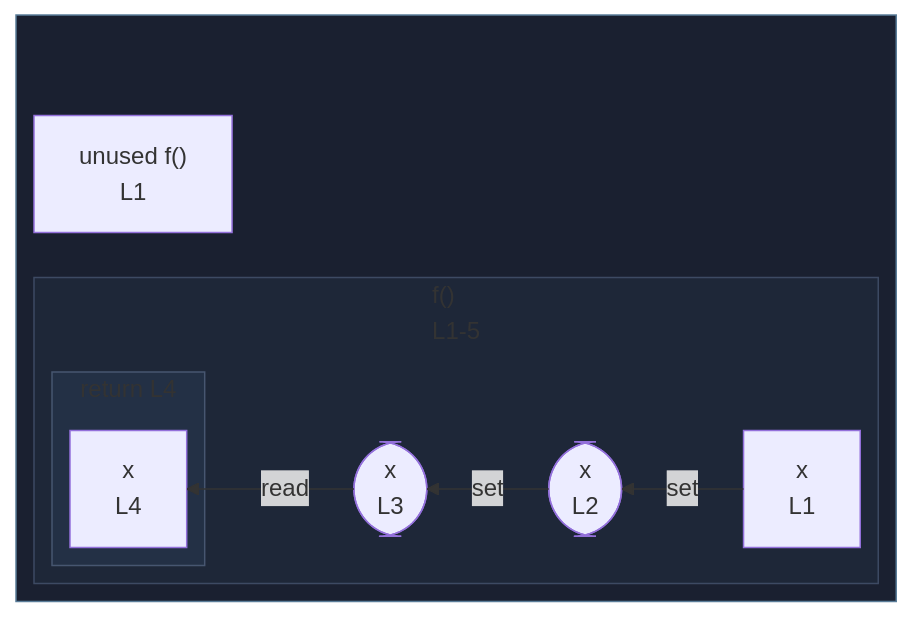
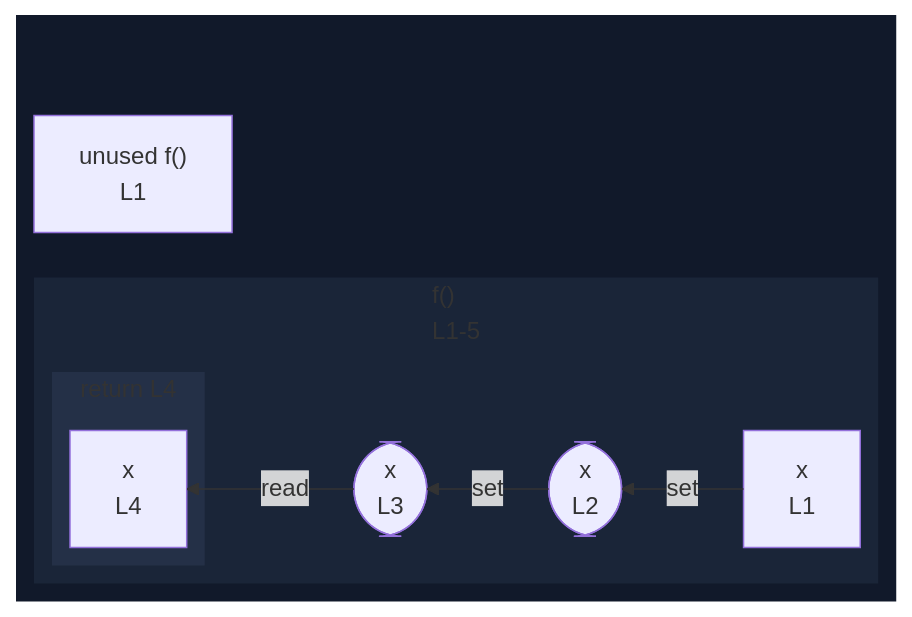
One commit to crescware/unsnarl changed the diagram in integration/fixtures/function/arrow/parameter-reassignment/preview.md. Above: the diagram before and after it, drawn with Mermaid. The commit also changed 263 other files, not shown here.

First line of the commit message:
Drop fnWrap class and color function wrappers via the nest palette

````diff
--- a/integration/fixtures/function/arrow/parameter-reassignment/preview.md
+++ b/integration/fixtures/function/arrow/parameter-reassignment/preview.md
@@ -15,27 +15,27 @@
 ```mermaid
 %%{init: {"flowchart": {"defaultRenderer": "elk"}}}%%
 flowchart RL
   subgraph wrap_s_scope_1[" "]
     direction TB
     n_scope_0_f_6["unused f()<br/>L1"]
     subgraph s_scope_1["f()<br/>L1-5"]
       direction RL
       n_scope_1_x_11["x<br/>L1"]
       wr_ref_1(["x<br/>L2"])
       wr_ref_3(["x<br/>L3"])
       subgraph s_return_scope_0_f_6_55_64["return L4"]
         direction RL
         ret_use_ref_5["x<br/>L4"]
       end
     end
   end
   n_scope_1_x_11 -->|set| wr_ref_1
   wr_ref_1 -->|set| wr_ref_3
   wr_ref_3 -->|read| ret_use_ref_5
-  classDef fnWrap fill:#1a2030,stroke:#5a7d99;
-  class wrap_s_scope_1 fnWrap;
-  classDef nestL1 fill:#1e2738,stroke:#3d4a63;
-  class s_scope_1 nestL1;
-  classDef nestL2 fill:#233045,stroke:#475670;
-  class s_return_scope_0_f_6_55_64 nestL2;
+  classDef nestL1 fill:#11192a,stroke:transparent;
+  class wrap_s_scope_1 nestL1;
+  classDef nestL2 fill:#1a2538,stroke:transparent;
+  class s_scope_1 nestL2;
+  classDef nestL3 fill:#243047,stroke:transparent;
+  class s_return_scope_0_f_6_55_64 nestL3;
 ```
````
